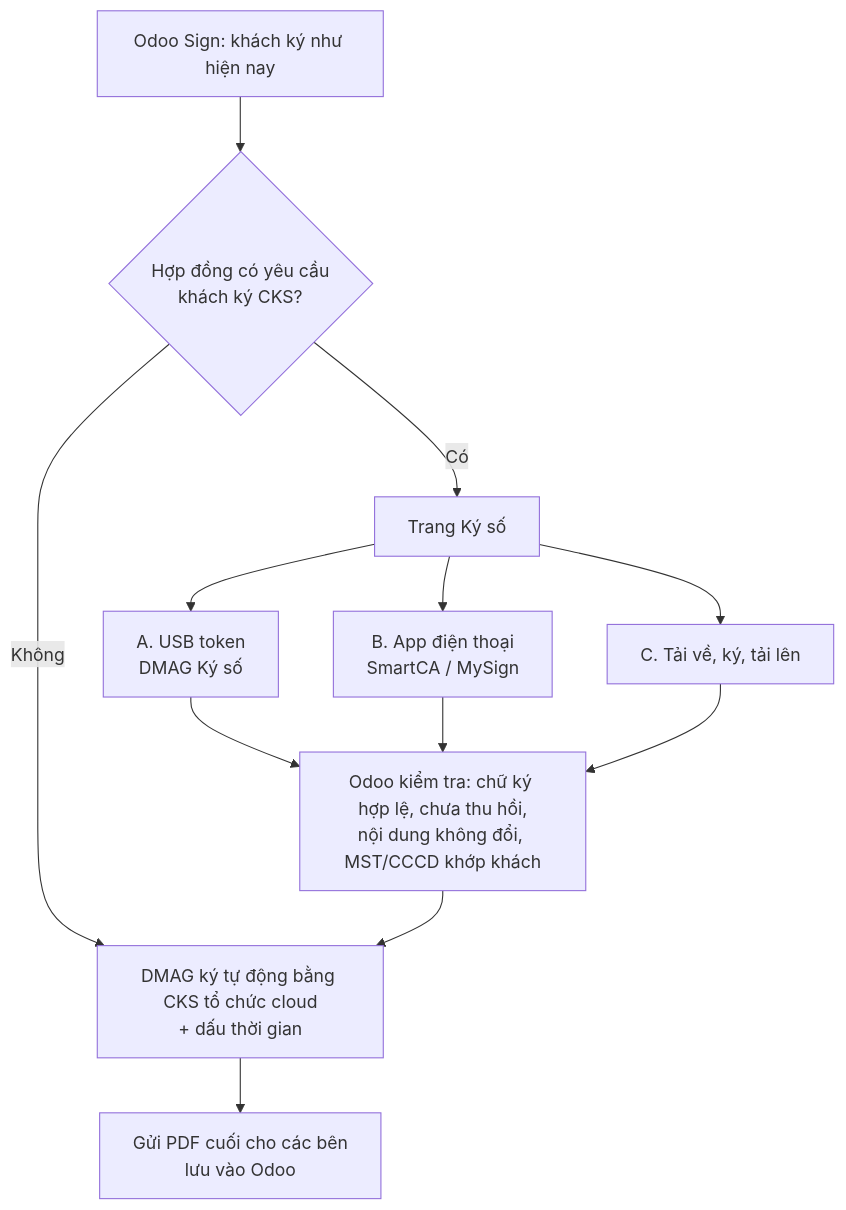
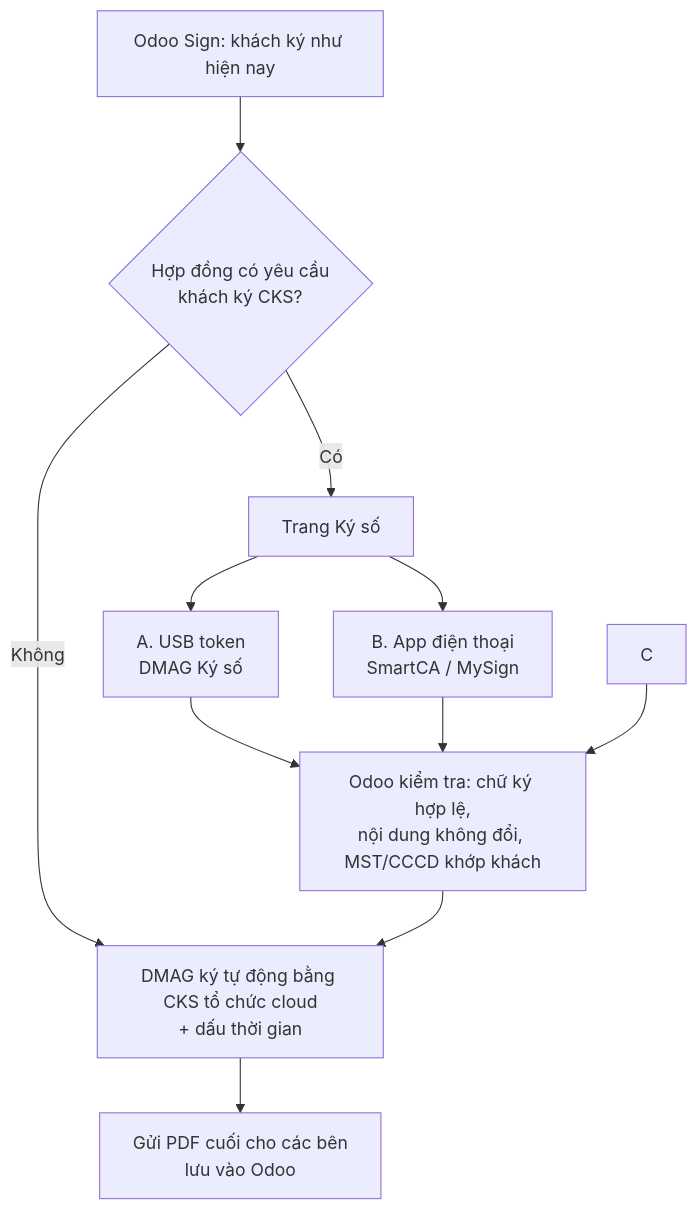
One commit to tsvinh7-ux/chu-ki-so-tren-module-sign-odoo changed the diagram in docs/phuong-an-chot-v2.md. Above: the diagram before and after it, drawn with Mermaid. The commit also changed other lines of this file and 75 other files, not shown here.

````diff
--- a/docs/phuong-an-chot-v2.md
+++ b/docs/phuong-an-chot-v2.md
@@ -124,14 +108,13 @@
 ```mermaid
 flowchart TD
     S[Odoo Sign: khách ký như hiện nay] --> Q{Hợp đồng có yêu cầu<br/>khách ký CKS?}
     Q -- Không --> D
     Q -- Có --> P[Trang Ký số]
     P --> A[A. USB token<br/>DMAG Ký số]
     P --> B[B. App điện thoại<br/>SmartCA / MySign]
-    P --> C[C. Tải về, ký, tải lên]
     A --> V
     B --> V
-    C --> V[Odoo kiểm tra: chữ ký hợp lệ, chưa thu hồi,<br/>nội dung không đổi, MST/CCCD khớp khách]
+    C --> V[Odoo kiểm tra: chữ ký hợp lệ,<br/>nội dung không đổi, MST/CCCD khớp khách]
     V --> D[DMAG ký tự động bằng CKS tổ chức cloud<br/>+ dấu thời gian]
     D --> E[Gửi PDF cuối cho các bên<br/>lưu vào Odoo]
 ```
````
